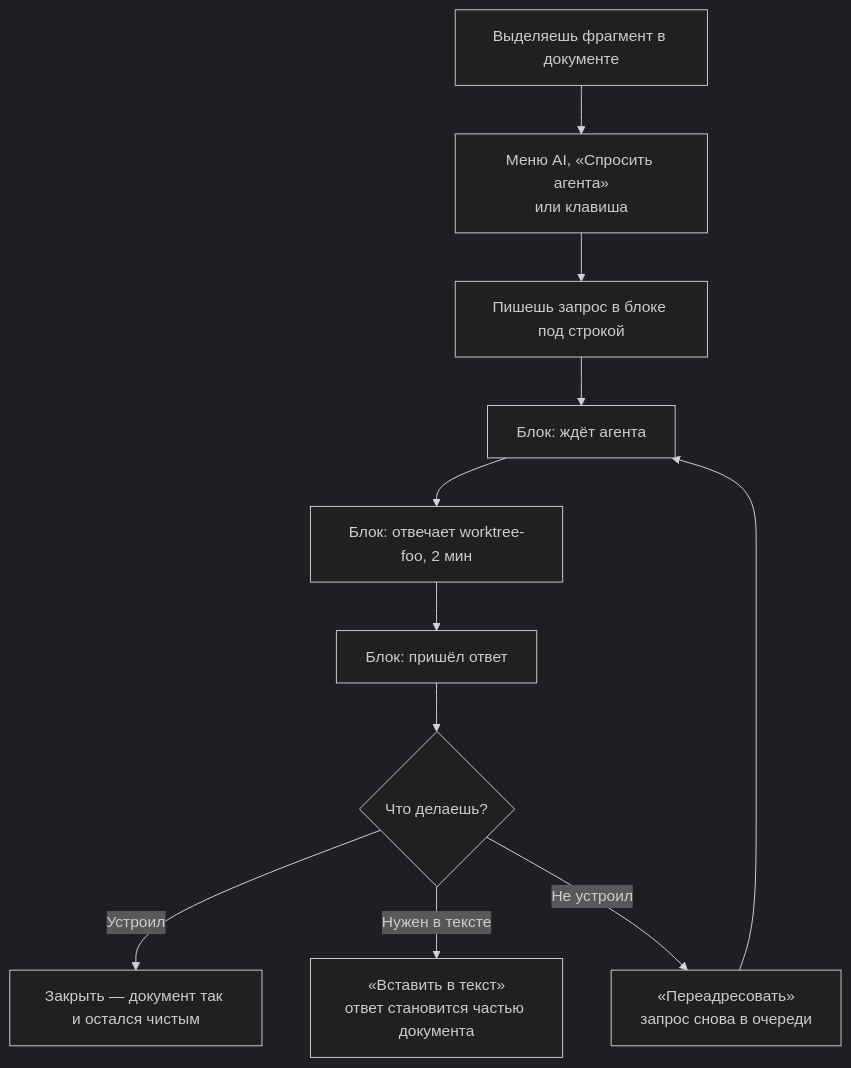
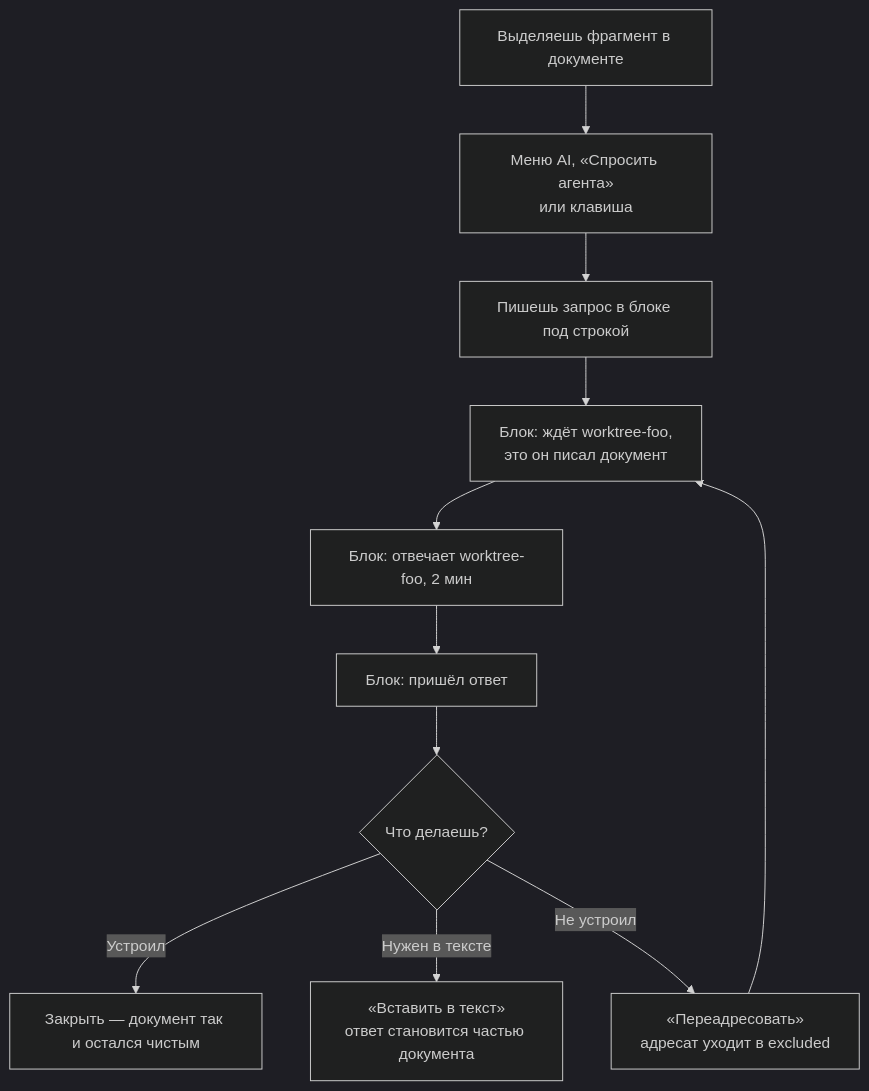
The first of 19 diagrams in docs/superpowers/specs/2026-08-23-document-requests-design.md (malinborn/mdmini), drawn with Mermaid (dark theme) before and after one commit. The commit also changed other lines of this file, not shown here.

````diff
--- a/docs/superpowers/specs/2026-08-23-document-requests-design.md
+++ b/docs/superpowers/specs/2026-08-23-document-requests-design.md
@@ -73,13 +95,13 @@
 ```mermaid
 flowchart TD
     A["Выделяешь фрагмент в документе"] --> B["Меню AI, «Спросить агента»<br/>или клавиша"]
     B --> C["Пишешь запрос в блоке под строкой"]
-    C --> D["Блок: ждёт агента"]
+    C --> D["Блок: ждёт worktree-foo,<br/>это он писал документ"]
     D --> E["Блок: отвечает worktree-foo, 2 мин"]
     E --> F["Блок: пришёл ответ"]
     F --> G{"Что делаешь?"}
     G -->|"Устроил"| H["Закрыть — документ так и остался чистым"]
     G -->|"Нужен в тексте"| I["«Вставить в текст»<br/>ответ становится частью документа"]
-    G -->|"Не устроил"| J["«Переадресовать»<br/>запрос снова в очереди"]
+    G -->|"Не устроил"| J["«Переадресовать»<br/>адресат уходит в excluded"]
     J --> D
 ```
````
